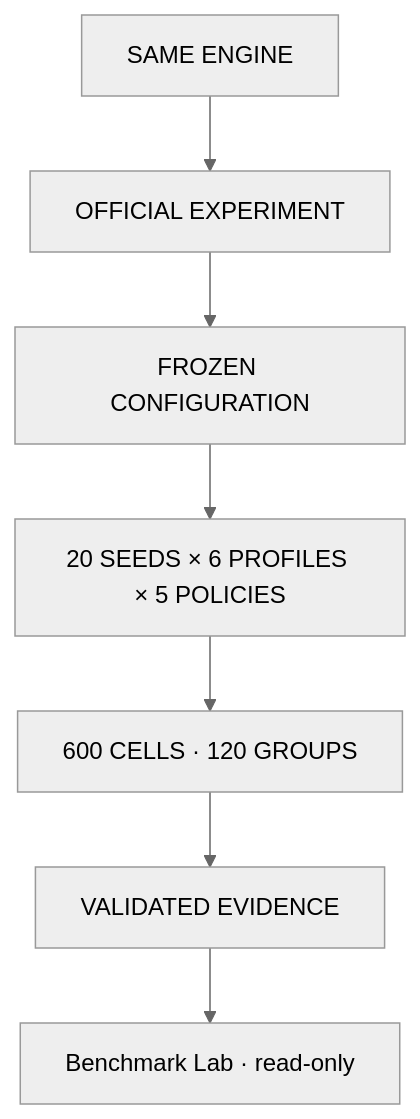
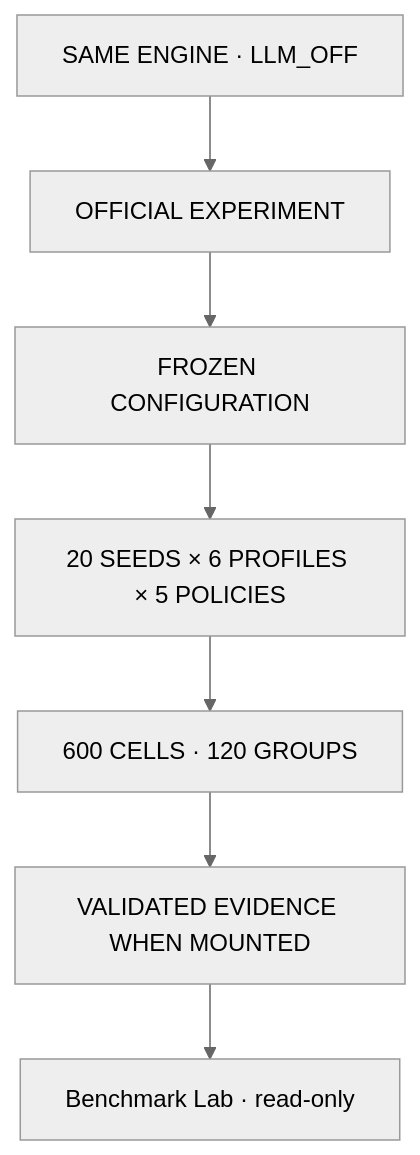
One commit to shriansh1625/razorpay_buildathon changed the second of 3 diagrams in docs/43-operating-architecture.md. Above: the diagram before and after it, drawn with Mermaid (neutral theme). The commit also changed other lines of this file and 24 other files, not shown here.

````diff
--- a/docs/43-operating-architecture.md
+++ b/docs/43-operating-architecture.md
@@ -32,9 +76,9 @@
 ```mermaid
 flowchart TD
-  ENG[SAME ENGINE] --> EXP[OFFICIAL EXPERIMENT]
+  ENG[SAME ENGINE · LLM_OFF] --> EXP[OFFICIAL EXPERIMENT]
   EXP --> FZ[FROZEN CONFIGURATION]
   FZ --> GRID[20 SEEDS × 6 PROFILES × 5 POLICIES]
   GRID --> CELLS[600 CELLS · 120 GROUPS]
-  CELLS --> VAL[VALIDATED EVIDENCE]
+  CELLS --> VAL[VALIDATED EVIDENCE WHEN MOUNTED]
   VAL --> LAB[Benchmark Lab · read-only]
 ```
````
